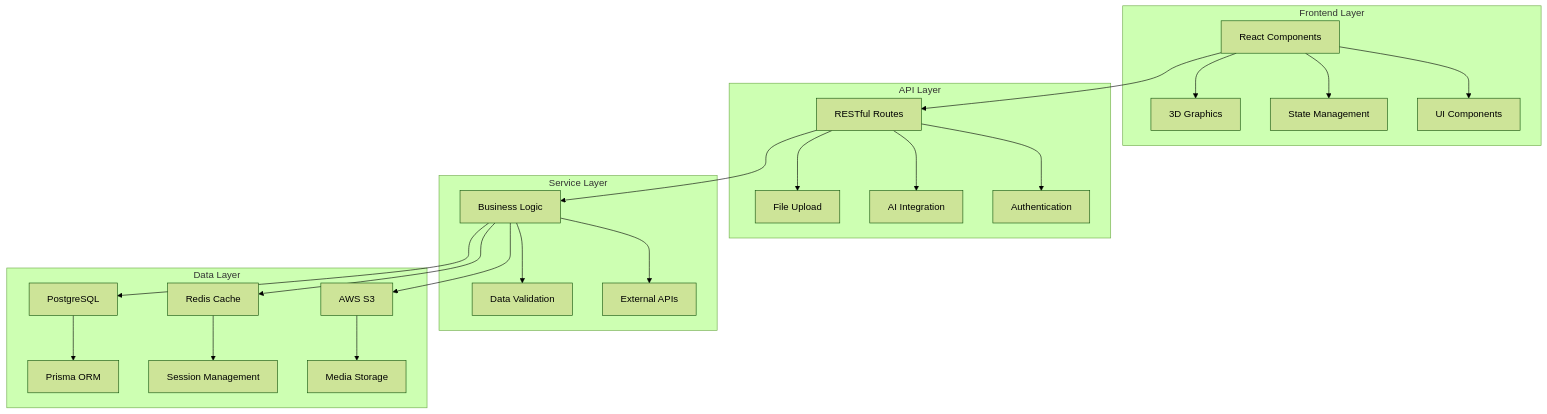
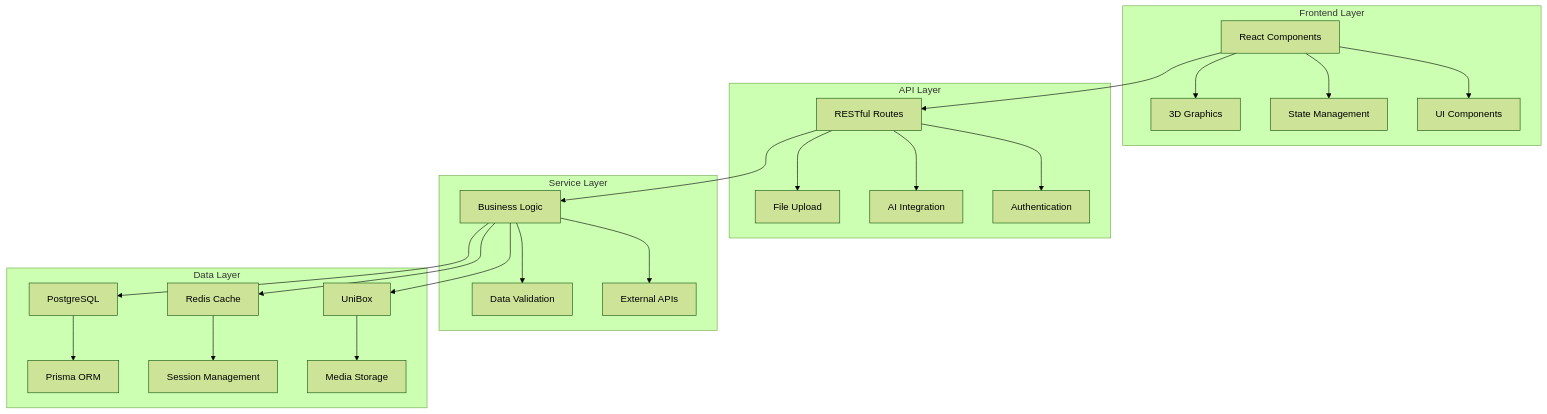
One commit to poojaroonwit/narinyland changed the first of 6 diagrams in ARCHITECTURE.md. Above: the diagram before and after it, drawn with Mermaid (forest theme). The commit also changed other lines of this file and 14 other files, not shown here.

````diff
--- a/ARCHITECTURE.md
+++ b/ARCHITECTURE.md
@@ -9,31 +9,31 @@
 ```mermaid
 graph TB
     subgraph "Frontend Layer"
         A[React Components] --> B[3D Graphics]
         A --> C[State Management]
         A --> D[UI Components]
     end
     
     subgraph "API Layer"
         E[RESTful Routes] --> F[File Upload]
         E --> G[AI Integration]
         E --> H[Authentication]
     end
     
     subgraph "Service Layer"
         I[Business Logic] --> J[Data Validation]
         I --> K[External APIs]
     end
     
     subgraph "Data Layer"
         L[PostgreSQL] --> M[Prisma ORM]
         N[Redis Cache] --> O[Session Management]
-        P[AWS S3] --> Q[Media Storage]
+        P[UniBox] --> Q[Media Storage]
     end
     
     A --> E
     E --> I
     I --> L
     I --> N
     I --> P
 ```
````
